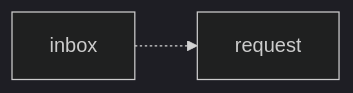
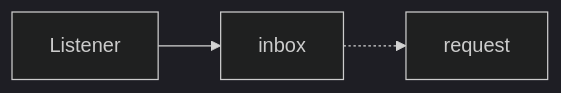
Before and after one commit to TongZhu-Ellen/chance-pay: the fourth of 4 diagrams in README.md, drawn with Mermaid (dark theme). The commit also changed other lines of this file, not shown here.

````diff
--- a/README.md
+++ b/README.md
@@ -85,4 +85,4 @@
 ```mermaid
 graph LR
-inbox -.-> request  
+Listener --> inbox -.-> request  
 ```
````
